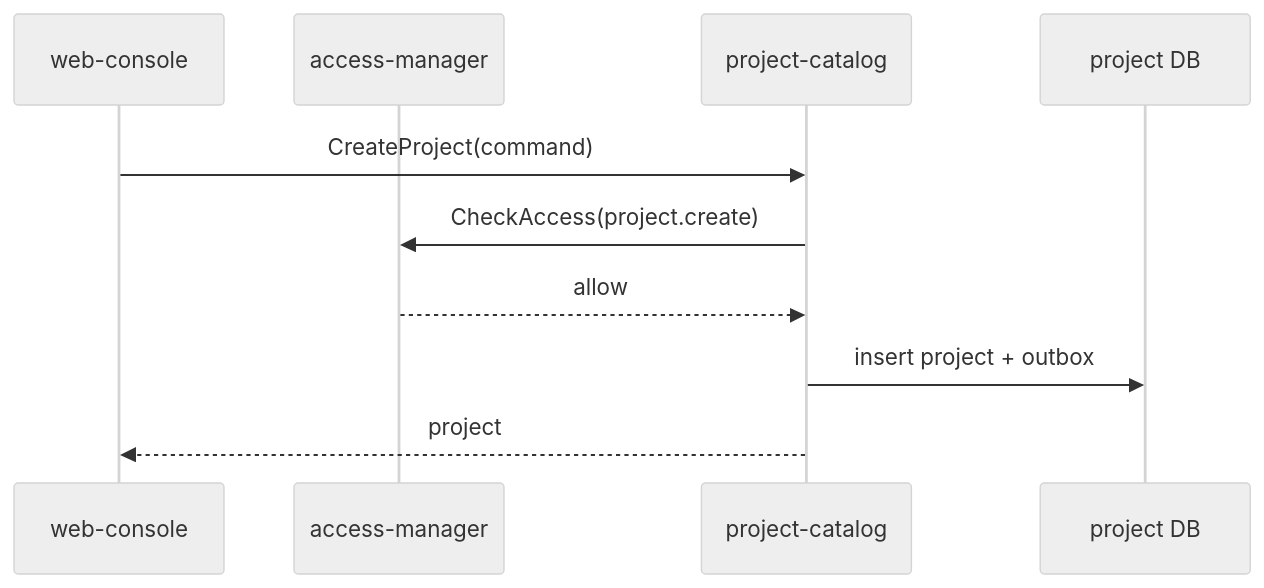
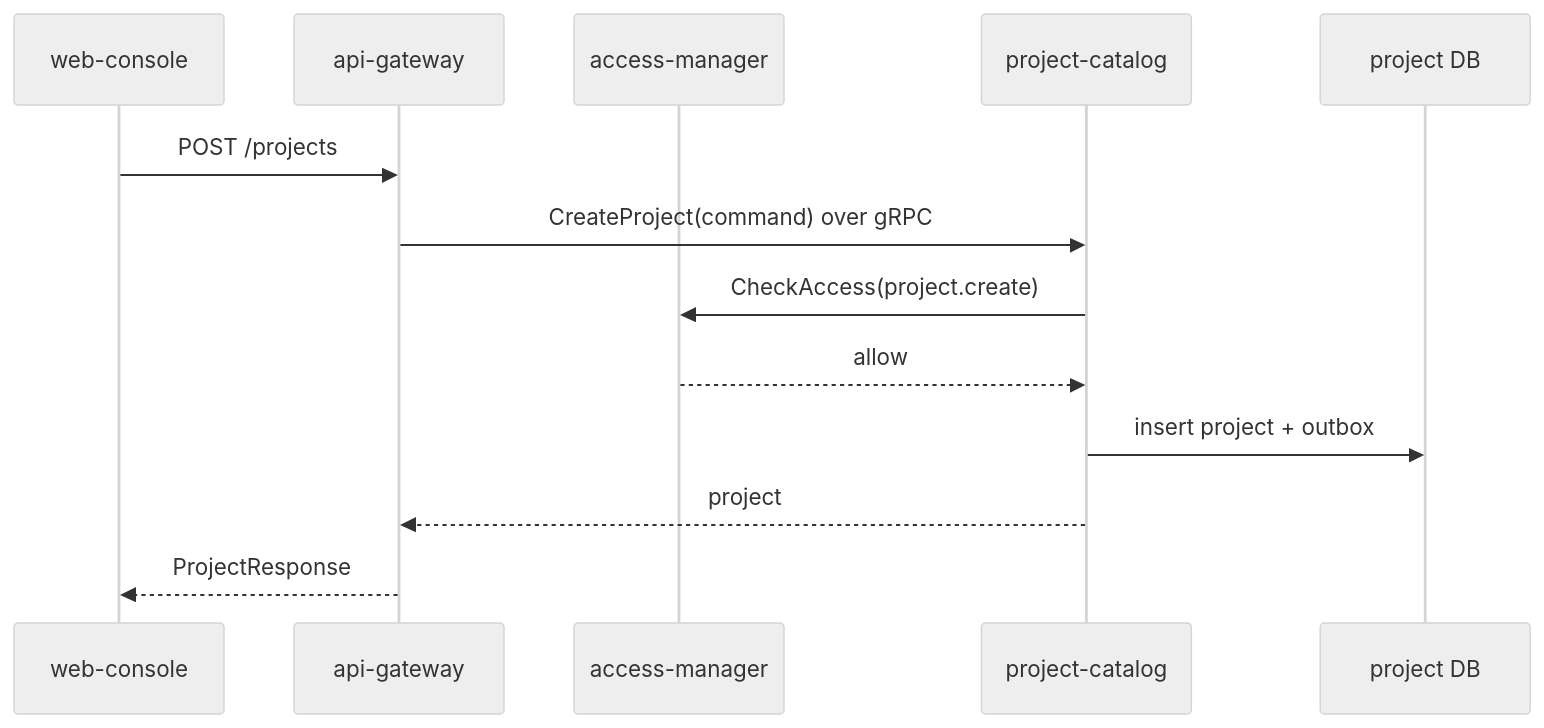
The first of 3 diagrams in docs/domains/projects-and-repositories/architecture/design.md (codex-k8s/kodex), drawn with Mermaid (neutral theme) before and after one commit. The commit also changed other lines of this file and 2 other files, not shown here.

Commit message:
Route project catalog UI access through api gateway

````diff
--- a/docs/domains/projects-and-repositories/architecture/design.md
+++ b/docs/domains/projects-and-repositories/architecture/design.md
@@ -77,12 +77,15 @@
 ```mermaid
 sequenceDiagram
   participant UI as web-console
+  participant G as api-gateway
   participant A as access-manager
   participant P as project-catalog
   participant DB as project DB
-  UI->>P: CreateProject(command)
+  UI->>G: POST /projects
+  G->>P: CreateProject(command) over gRPC
   P->>A: CheckAccess(project.create)
   A-->>P: allow
   P->>DB: insert project + outbox
-  P-->>UI: project
+  P-->>G: project
+  G-->>UI: ProjectResponse
 ```
````
